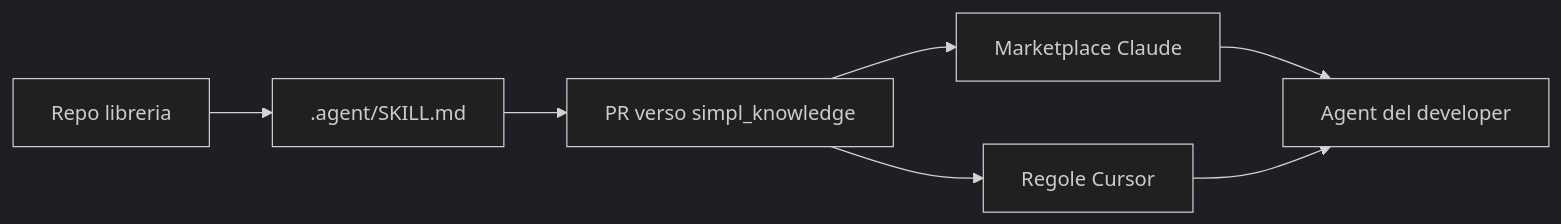
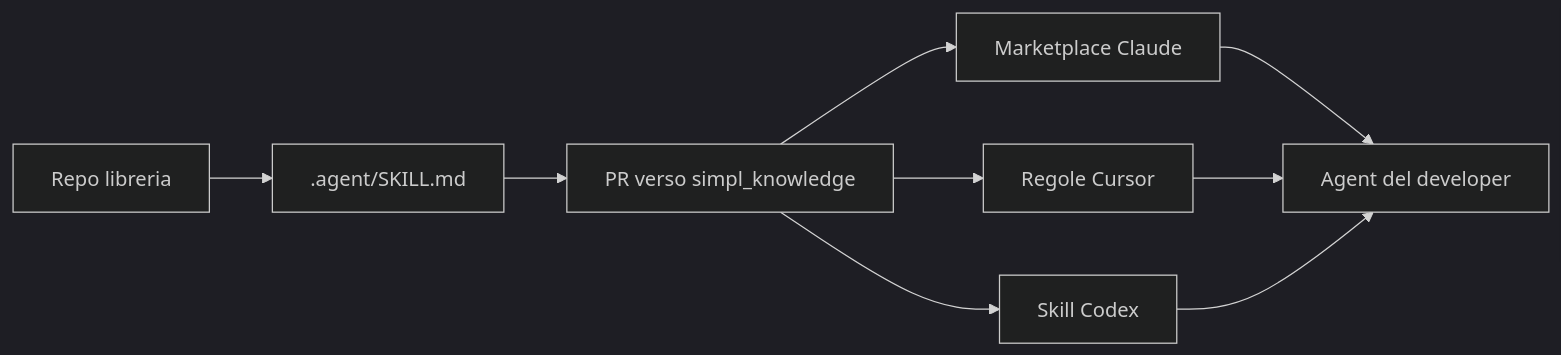
Before and after one commit to simpl-techs/simpl_knowledge: the diagram in README.md, drawn with Mermaid (dark theme). The commit also changed other lines of this file and 16 other files, not shown here.

````diff
--- a/README.md
+++ b/README.md
@@ -22,9 +23,11 @@
 ```mermaid
 flowchart LR
   libraryRepo[Repo libreria] --> skillFile[.agent/SKILL.md]
   skillFile --> syncPr[PR verso simpl_knowledge]
   syncPr --> marketplace[Marketplace Claude]
   syncPr --> cursorRules[Regole Cursor]
+  syncPr --> codexSkills[Skill Codex]
   marketplace --> devAgent[Agent del developer]
   cursorRules --> devAgent
+  codexSkills --> devAgent
 ```
````
